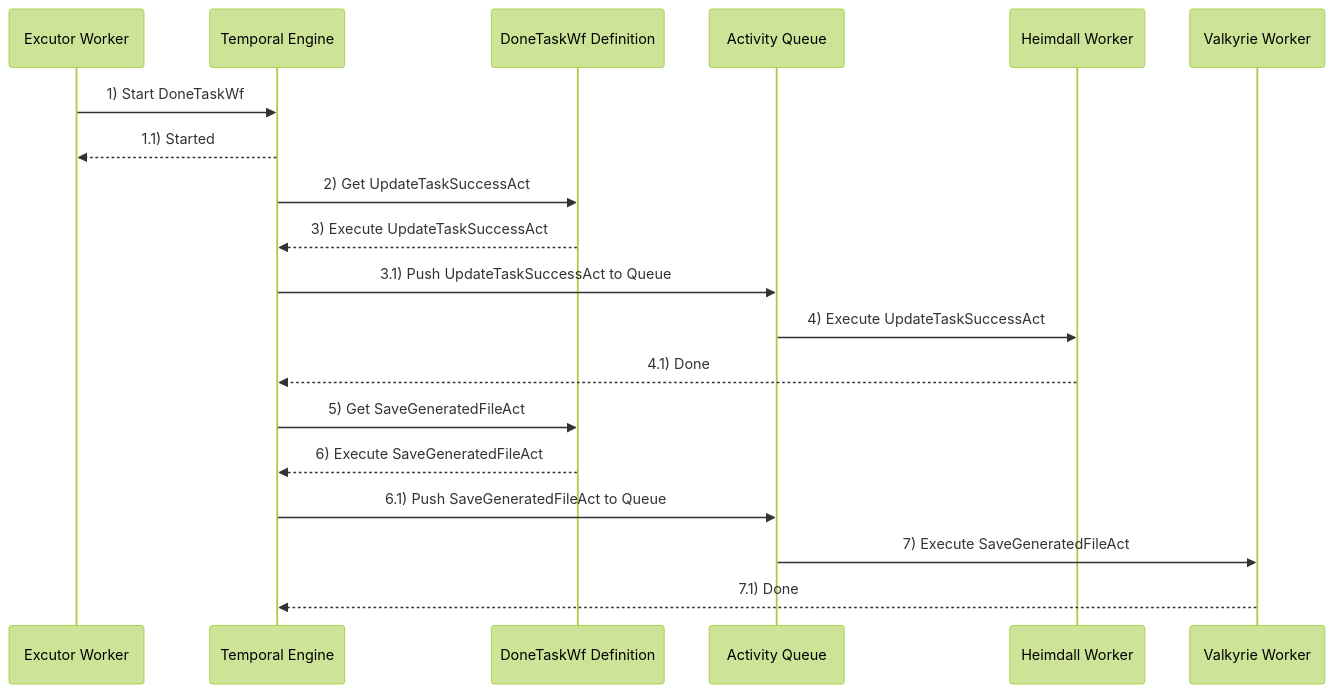
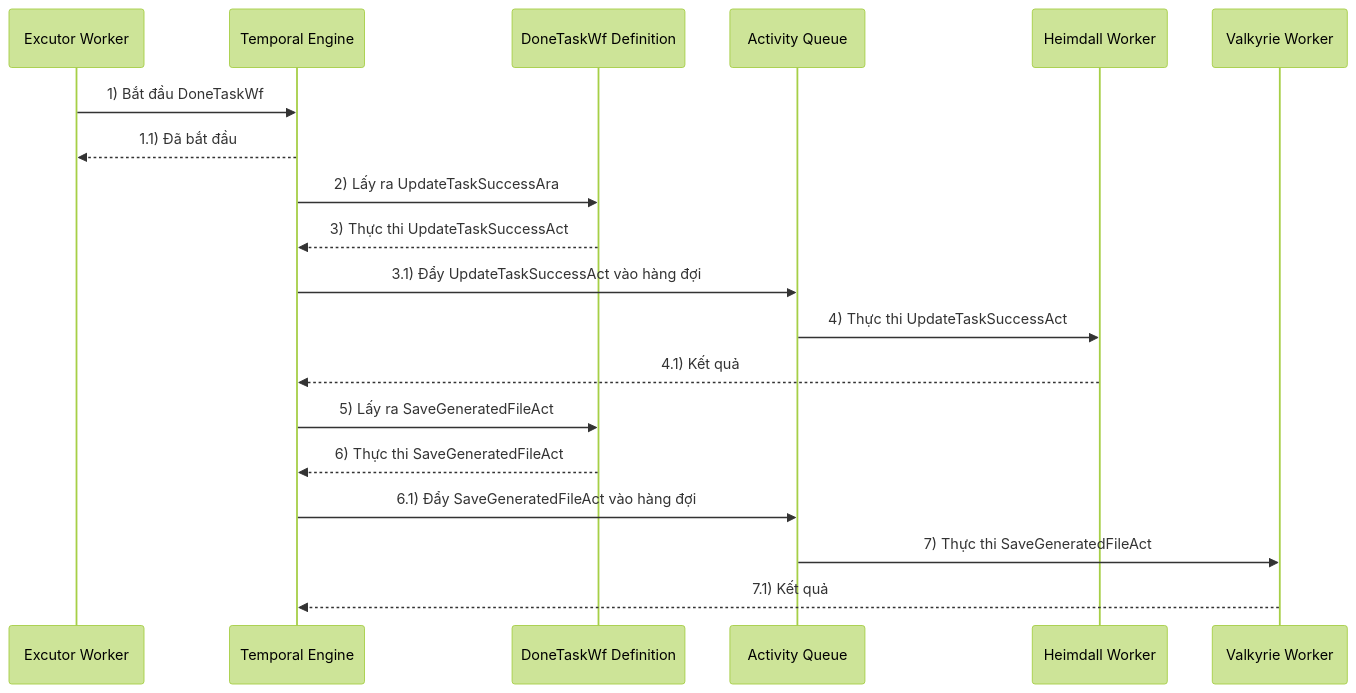
One commit to pinezapple/workflow changed the diagram in doc/done-task-wf-sequence.md. Above: the diagram before and after it, drawn with Mermaid (forest theme). The commit also changed 5 other files, not shown here.

Commit message:
translate diagram to vietnamese

````diff
--- a/doc/done-task-wf-sequence.md
+++ b/doc/done-task-wf-sequence.md
@@ -1,15 +1,15 @@
 ```mermaid
 sequenceDiagram
-	Excutor Worker ->> Temporal Engine: 1) Start DoneTaskWf
-    Temporal Engine -->> Excutor Worker: 1.1) Started
-    Temporal Engine ->> DoneTaskWf Definition: 2) Get UpdateTaskSuccessAct
-    DoneTaskWf Definition -->> Temporal Engine: 3) Execute UpdateTaskSuccessAct 
-    Temporal Engine ->> Activity Queue: 3.1) Push UpdateTaskSuccessAct to Queue 
-    Activity Queue ->> Heimdall Worker: 4) Execute UpdateTaskSuccessAct
-    Heimdall Worker -->> Temporal Engine: 4.1) Done
-    Temporal Engine ->> DoneTaskWf Definition: 5) Get SaveGeneratedFileAct
-    DoneTaskWf Definition -->> Temporal Engine: 6) Execute SaveGeneratedFileAct 
-    Temporal Engine ->> Activity Queue: 6.1) Push SaveGeneratedFileAct to Queue 
-    Activity Queue ->> Valkyrie Worker: 7) Execute SaveGeneratedFileAct
-    Valkyrie Worker -->> Temporal Engine: 7.1) Done
+	Excutor Worker ->> Temporal Engine: 1) Bắt đầu DoneTaskWf
+    Temporal Engine -->> Excutor Worker: 1.1) Đã bắt đầu
+    Temporal Engine ->> DoneTaskWf Definition: 2) Lấy ra UpdateTaskSuccessAra
+    DoneTaskWf Definition -->> Temporal Engine: 3) Thực thi UpdateTaskSuccessAct 
+    Temporal Engine ->> Activity Queue: 3.1) Đẩy UpdateTaskSuccessAct vào hàng đợi 
+    Activity Queue ->> Heimdall Worker: 4) Thực thi UpdateTaskSuccessAct
+    Heimdall Worker -->> Temporal Engine: 4.1) Kết quả
+    Temporal Engine ->> DoneTaskWf Definition: 5) Lấy ra SaveGeneratedFileAct
+    DoneTaskWf Definition -->> Temporal Engine: 6) Thực thi SaveGeneratedFileAct 
+    Temporal Engine ->> Activity Queue: 6.1) Đẩy SaveGeneratedFileAct vào hàng đợi
+    Activity Queue ->> Valkyrie Worker: 7) Thực thi SaveGeneratedFileAct
+    Valkyrie Worker -->> Temporal Engine: 7.1) Kết quả
 ```
````
